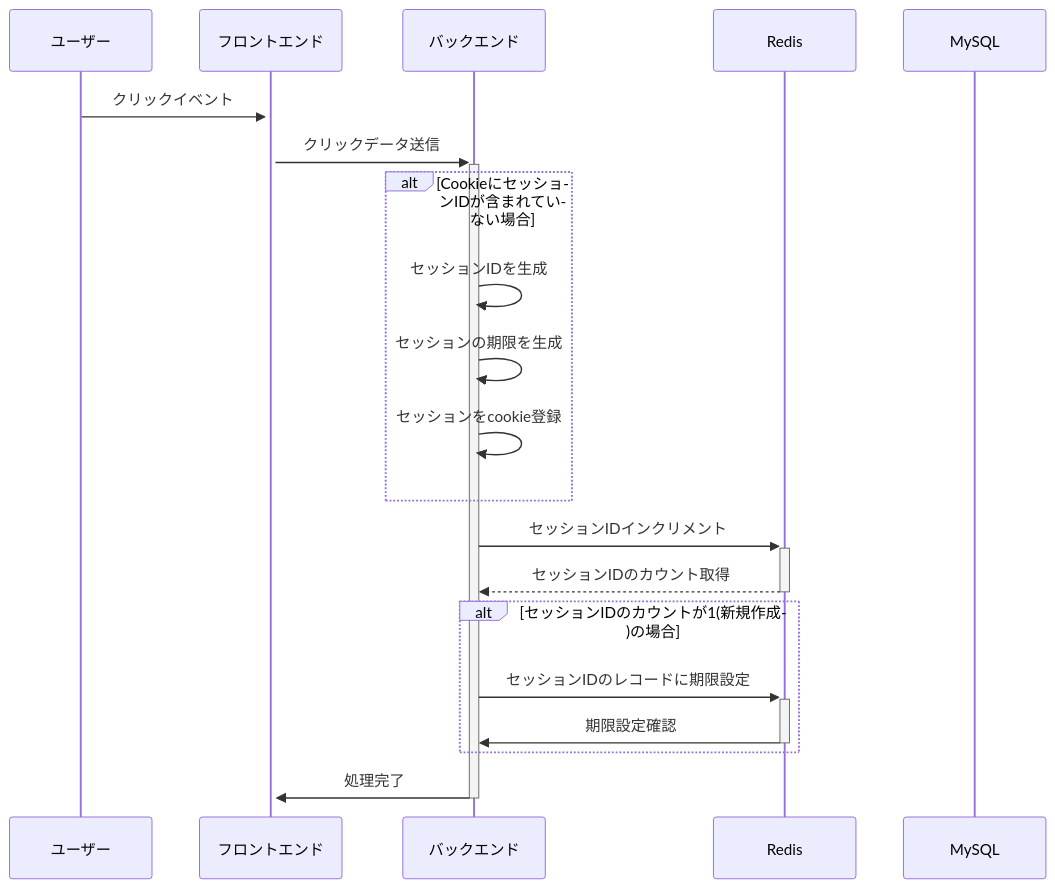
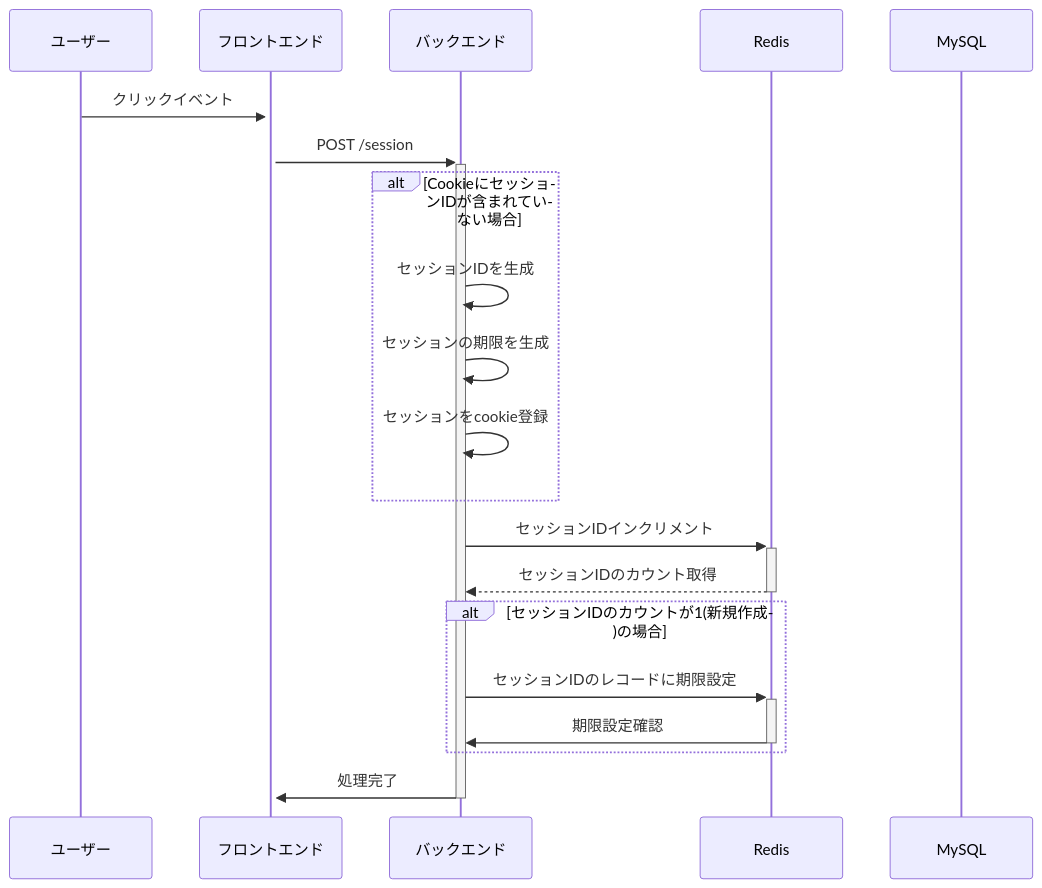
Before and after one commit to playpark-llc/kazoeru-kun: the first of 5 diagrams in README.md, drawn with Mermaid.

Commit message:
docs: Add API endpoint to click event sequence diagram
- Frontend->Backend の矢印に POST /session を明記
- 他のシーケンス図と同様にAPIエンドポイントを可視化

🤖 Generated with Claude Code

````diff
--- a/README.md
+++ b/README.md
@@ -95,24 +95,24 @@
 ```mermaid
 sequenceDiagram
     participant User as ユーザー
     participant Frontend as フロントエンド
     participant Backend as バックエンド
     participant Redis as Redis
     participant MySQL as MySQL
 
     User->>+Frontend: クリックイベント
-    Frontend->>+Backend: クリックデータ送信
+    Frontend->>+Backend: POST /session
     alt CookieにセッションIDが含まれていない場合
       Backend->>Backend: セッションIDを生成
       Backend->>Backend: セッションの期限を生成
       Backend->>Backend: セッションをcookie登録
     end
     Backend->>+Redis: セッションIDインクリメント
     Redis-->>-Backend: セッションIDのカウント取得
     alt セッションIDのカウントが1(新規作成)の場合
       Backend->>+Redis: セッションIDのレコードに期限設定
       Redis->>-Backend: 期限設定確認
     end
     Backend->>-Frontend: 処理完了
 
 ```
````
